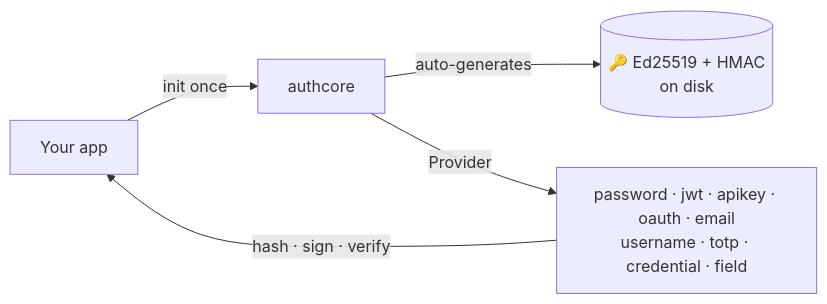
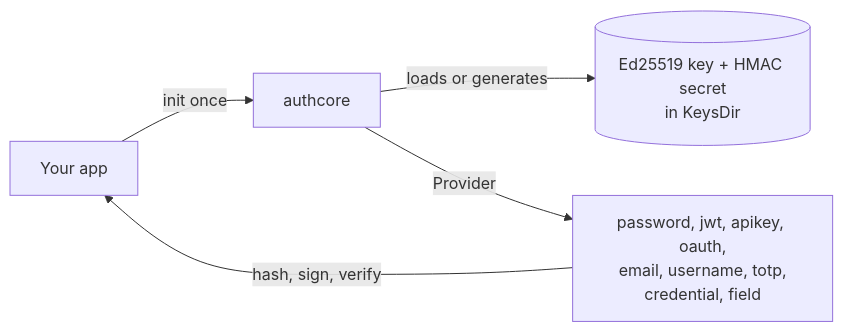
Before and after one commit to Glyndor/authcore: the diagram in README.md, drawn with Mermaid. The commit also changed other lines of this file, not shown here.

````diff
--- a/README.md
+++ b/README.md
@@ -103,7 +8,7 @@
 ```mermaid
 flowchart LR
     App["Your app"] -->|init once| Core["authcore"]
-    Core -->|auto-generates| Keys[("🔑 Ed25519 + HMAC<br/>on disk")]
-    Core -->|Provider| M["password · jwt · apikey · oauth · email<br/>username · totp · credential · field"]
-    M -->|hash · sign · verify| App
+    Core -->|loads or generates| Keys[("Ed25519 key + HMAC secret<br/>in KeysDir")]
+    Core -->|Provider| M["password, jwt, apikey, oauth,<br/>email, username, totp,<br/>credential, field"]
+    M -->|hash, sign, verify| App
 ```
````
